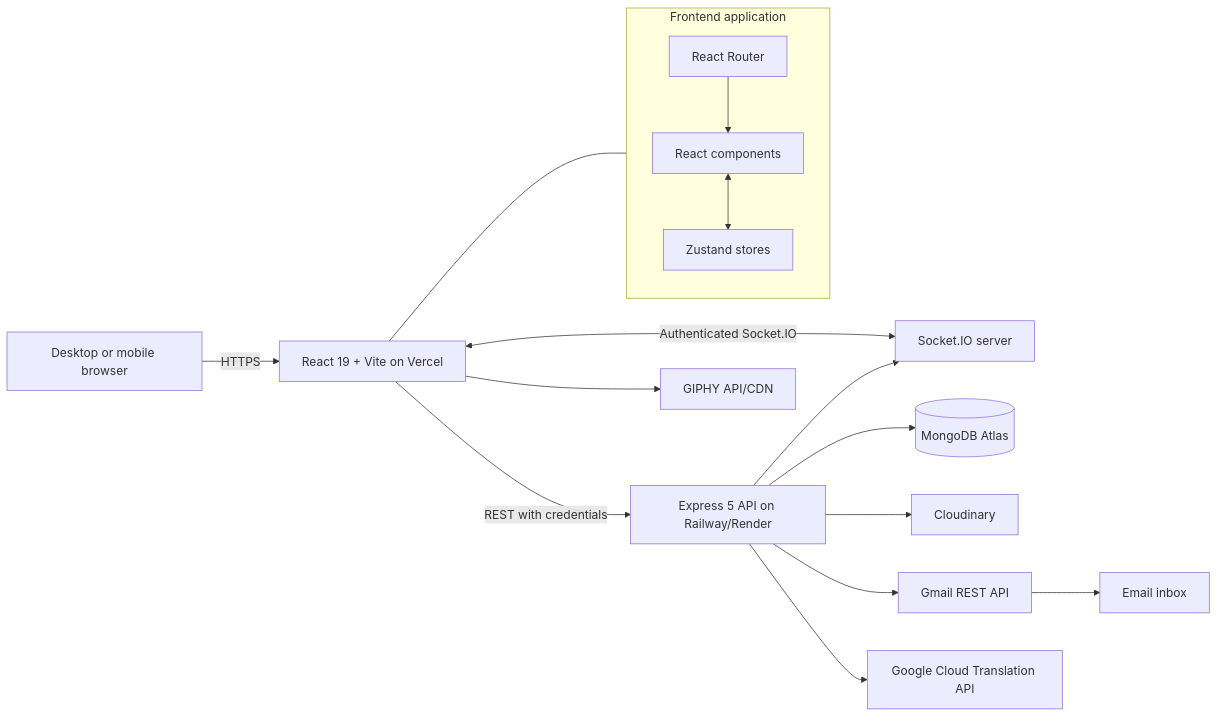
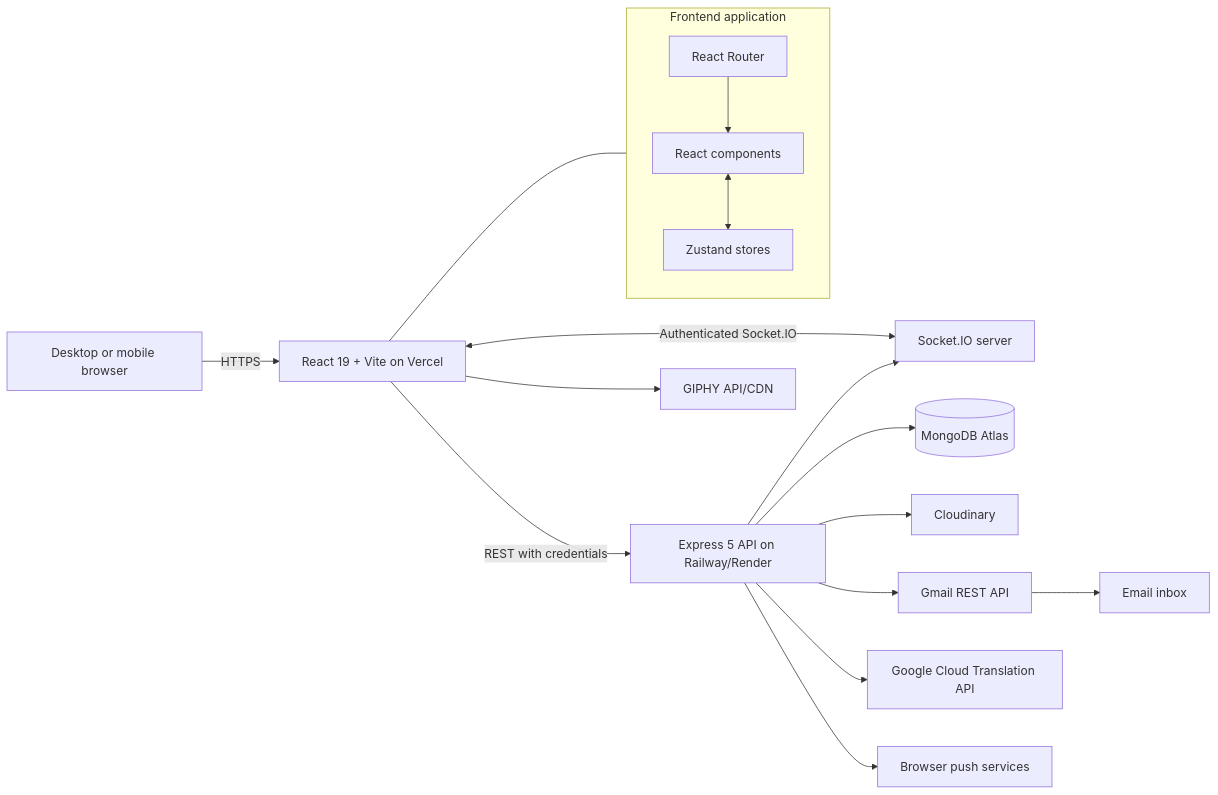
Before and after one commit to Saurav11343/click-chat: the first of 7 diagrams in docs/02-system-architecture.md, drawn with Mermaid. The commit also changed other lines of this file and 15 other files, not shown here.

````diff
--- a/docs/02-system-architecture.md
+++ b/docs/02-system-architecture.md
@@ -5,23 +5,24 @@
 ```mermaid
 flowchart LR
     U["Desktop or mobile browser"] -->|"HTTPS"| V["React 19 + Vite on Vercel"]
     V -->|"REST with credentials"| E["Express 5 API on Railway/Render"]
     V <-->|"Authenticated Socket.IO"| S["Socket.IO server"]
     E --> M[("MongoDB Atlas")]
     E --> C["Cloudinary"]
     E --> G["Gmail REST API"]
     E --> T["Google Cloud Translation API"]
+    E --> P["Browser push services"]
     V --> Y["GIPHY API/CDN"]
     G --> I["Email inbox"]
     E --> S
 
     subgraph Client["Frontend application"]
       R["React Router"]
       Z["Zustand stores"]
       UI["React components"]
       R --> UI
       UI <--> Z
     end
 
     V --- Client
 ```
````
